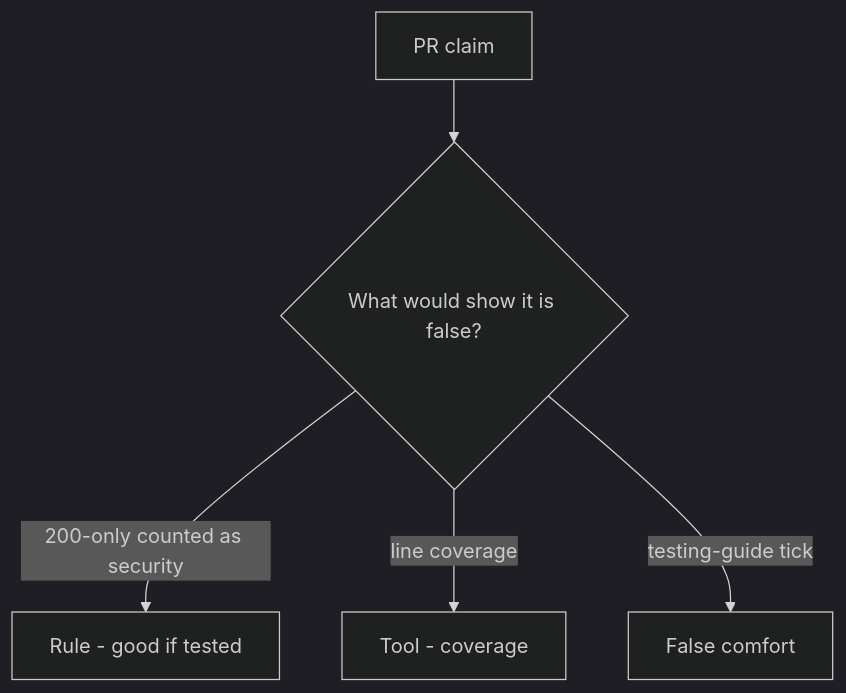
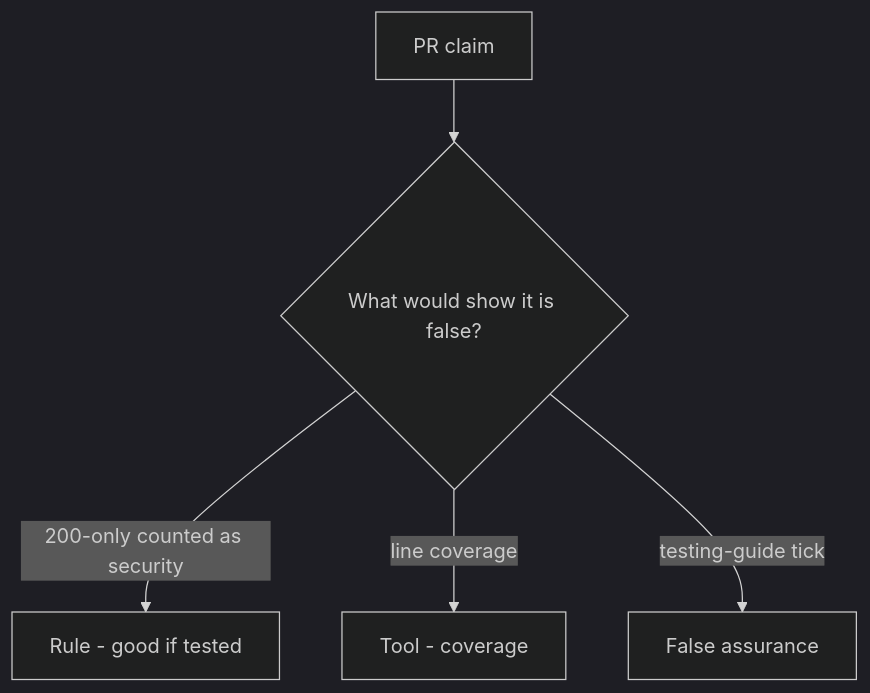
One commit to ishitvagoel/LearnSecurity changed the diagram in content/modules/9/9.3/lessons/08-review.md. Above: the diagram before and after it, drawn with Mermaid (dark theme). The commit also changed other lines of this file and 240 other files, not shown here.

````diff
--- a/content/modules/9/9.3/lessons/08-review.md
+++ b/content/modules/9/9.3/lessons/08-review.md
@@ -18,7 +18,7 @@
 ```mermaid
 flowchart TD
   Claim[PR claim] --> Q{"What would show it is false?"}
   Q -->|200-only counted as security| Property["Rule - good if tested"]
   Q -->|line coverage| Mechanism[Tool - coverage]
-  Q -->|testing-guide tick| False[False comfort]
+  Q -->|testing-guide tick| False[False assurance]
 ```
````
